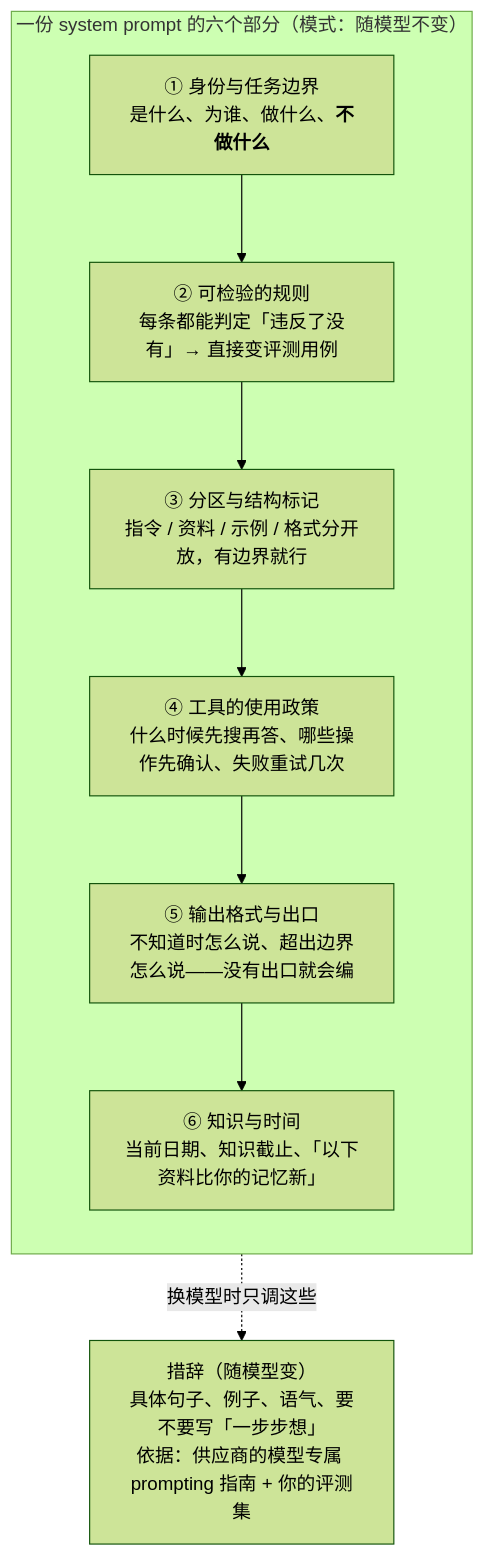
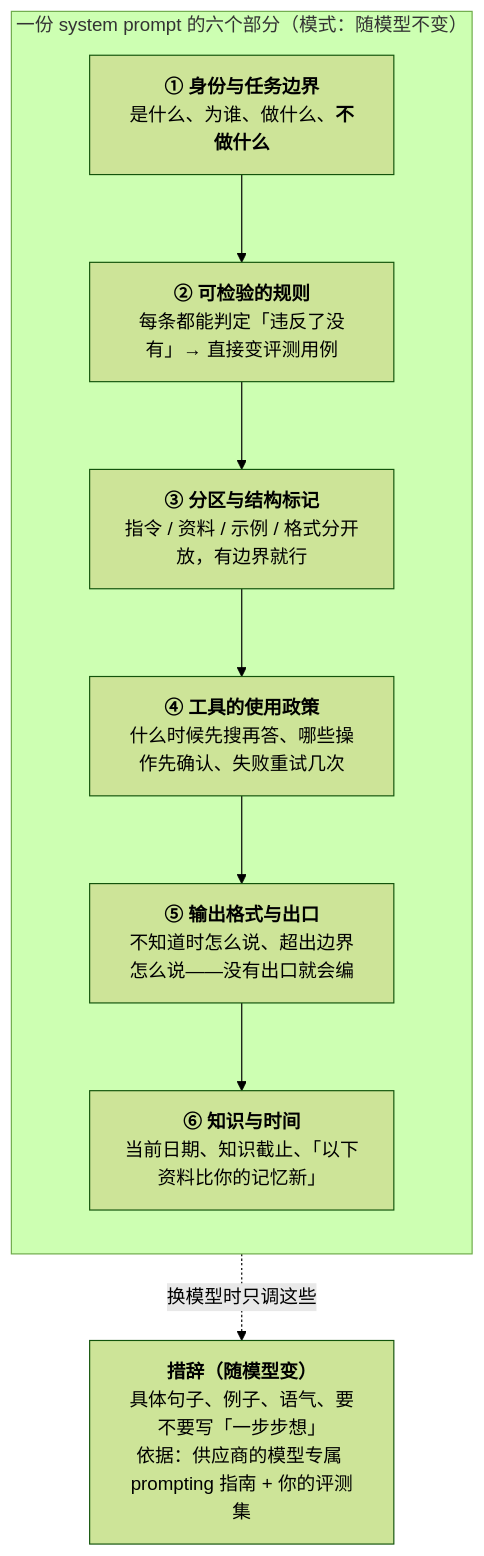
The second of 5 diagrams in _posts/2026-10-07-prompt-design-patterns-vs-wording.md (arganzheng/arganzheng.github.com), drawn with Mermaid (forest theme) before and after one commit. The commit also changed other lines of this file and 6 other files, not shown here.

First line of the commit message:
Prompt 与上下文工程：模型这一步该看到什么：Mermaid 多行方框的首行标为标题（7 篇）

````diff
--- a/_posts/2026-10-07-prompt-design-patterns-vs-wording.md
+++ b/_posts/2026-10-07-prompt-design-patterns-vs-wording.md
@@ -56,15 +56,15 @@
 ```mermaid
 %%{init: {"flowchart": {"wrappingWidth": 200}}}%%
 %% 图：system prompt 的六个部分（模式）与随模型变的措辞
 flowchart TB
     subgraph SP["一份 system prompt 的六个部分（模式：随模型不变）"]
         direction TB
-        A["① 身份与任务边界<br/>是什么、为谁、做什么、<b>不做什么</b>"] --> B["② 可检验的规则<br/>每条都能判定「违反了没有」→ 直接变评测用例"]
-        B --> C["③ 分区与结构标记<br/>指令 / 资料 / 示例 / 格式分开放，有边界就行"]
-        C --> D["④ 工具的使用政策<br/>什么时候先搜再答、哪些操作先确认、失败重试几次"]
-        D --> E["⑤ 输出格式与出口<br/>不知道时怎么说、超出边界怎么说——没有出口就会编"]
-        E --> F["⑥ 知识与时间<br/>当前日期、知识截止、「以下资料比你的记忆新」"]
+        A["<b>① 身份与任务边界</b><br/>是什么、为谁、做什么、<b>不做什么</b>"] --> B["<b>② 可检验的规则</b><br/>每条都能判定「违反了没有」→ 直接变评测用例"]
+        B --> C["<b>③ 分区与结构标记</b><br/>指令 / 资料 / 示例 / 格式分开放，有边界就行"]
+        C --> D["<b>④ 工具的使用政策</b><br/>什么时候先搜再答、哪些操作先确认、失败重试几次"]
+        D --> E["<b>⑤ 输出格式与出口</b><br/>不知道时怎么说、超出边界怎么说——没有出口就会编"]
+        E --> F["<b>⑥ 知识与时间</b><br/>当前日期、知识截止、「以下资料比你的记忆新」"]
     end
-    SP -. "换模型时只调这些" .-> W["措辞（随模型变）<br/>具体句子、例子、语气、要不要写「一步步想」<br/>依据：供应商的模型专属 prompting 指南 + 你的评测集"]
+    SP -. "换模型时只调这些" .-> W["<b>措辞（随模型变）</b><br/>具体句子、例子、语气、要不要写「一步步想」<br/>依据：供应商的模型专属 prompting 指南 + 你的评测集"]
 
 ```
````
